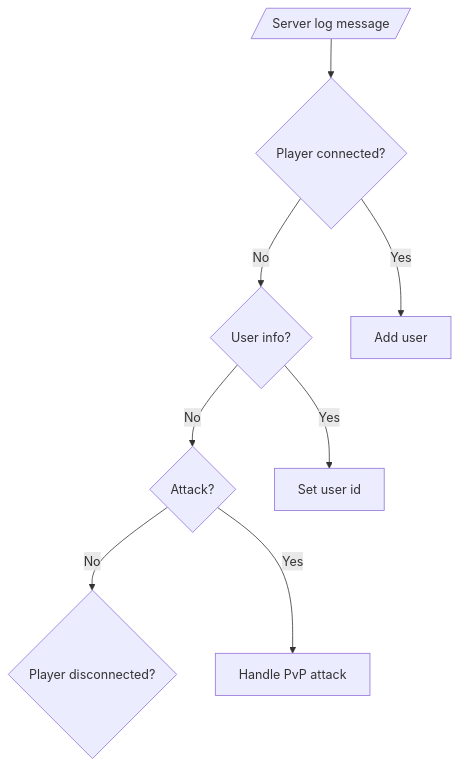
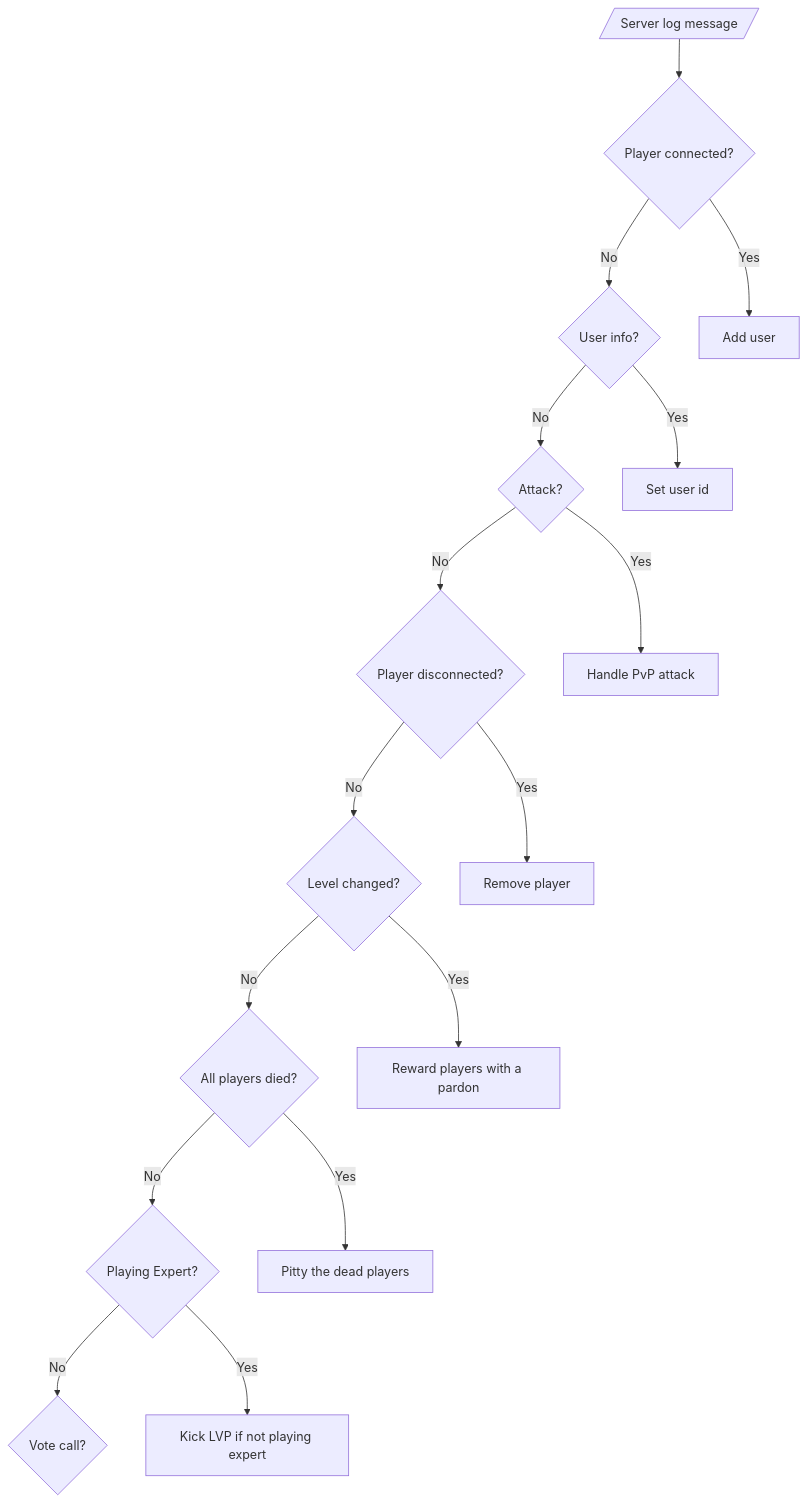
Before and after one commit to carlosjhr64/l4d2-observer: the diagram in README.md, drawn with Mermaid.

Commit message:
mermaid - progress

````diff
--- a/README.md
+++ b/README.md
@@ -32,10 +32,18 @@
 ```mermaid
 flowchart TD;
   LogMsg[/Server log message/] --> Connected{Player connected?};
   Connected -->|No| UserInfo{User info?};
   Connected -->|Yes| ProcessConnected[Add user];
   UserInfo -->|No| Attack{Attack?};
   UserInfo -->|Yes| ProcessUserInfo[Set user id];
   Attack -->|No| Dropped{Player disconnected?};
   Attack -->|Yes| ProcessAttack[Handle PvP attack]
+  Dropped -->|No| ChangeLevel{Level changed?}
+  Dropped -->|Yes| ProcessDropped[Remove player]
+  ChangeLevel -->|No| InitDirectorScript{All players died?}
+  ChangeLevel -->|Yes| ProcessChangeLevel[Reward players with a pardon]
+  InitDirectorScript -->|No| DifficultyCheck{Playing Expert?}
+  InitDirectorScript -->|Yes| ProcessInitDirectorScript[Pitty the dead players]
+  DifficultyCheck -->|No| PotentialVote{Vote call?}
+  DifficultyCheck -->|Yes| ProcessDifficultyCheck[Kick LVP if not playing expert] 
 ```
````
